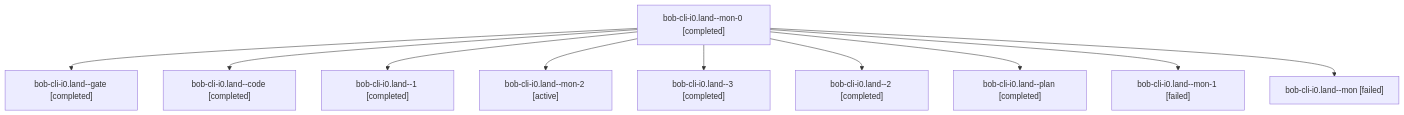
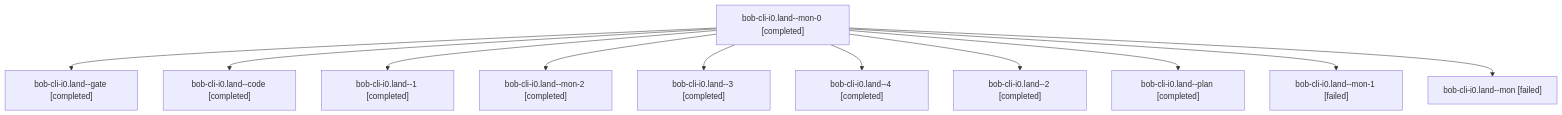
The diagram in sessions/bbugyi200.athena.bob-cli-i0.land.md (bobs-org/bob-cli--agents), drawn with Mermaid before and after one commit. The commit also changed other lines of this file and 26 other files, not shown here.

````diff
--- a/sessions/bbugyi200.athena.bob-cli-i0.land.md
+++ b/sessions/bbugyi200.athena.bob-cli-i0.land.md
@@ -9,22 +9,24 @@
 ```mermaid
 flowchart TD
   n0["bob-cli-i0.land--mon-0 [completed]"]
   n1["bob-cli-i0.land--gate [completed]"]
   n0 --> n1
   n2["bob-cli-i0.land--code [completed]"]
   n0 --> n2
   n3["bob-cli-i0.land--1 [completed]"]
   n0 --> n3
-  n4["bob-cli-i0.land--mon-2 [active]"]
+  n4["bob-cli-i0.land--mon-2 [completed]"]
   n0 --> n4
   n5["bob-cli-i0.land--3 [completed]"]
   n0 --> n5
-  n6["bob-cli-i0.land--2 [completed]"]
+  n6["bob-cli-i0.land--4 [completed]"]
   n0 --> n6
-  n7["bob-cli-i0.land--plan [completed]"]
+  n7["bob-cli-i0.land--2 [completed]"]
   n0 --> n7
-  n8["bob-cli-i0.land--mon-1 [failed]"]
+  n8["bob-cli-i0.land--plan [completed]"]
   n0 --> n8
-  n9["bob-cli-i0.land--mon [failed]"]
+  n9["bob-cli-i0.land--mon-1 [failed]"]
   n0 --> n9
+  n10["bob-cli-i0.land--mon [failed]"]
+  n0 --> n10
 ```
````
